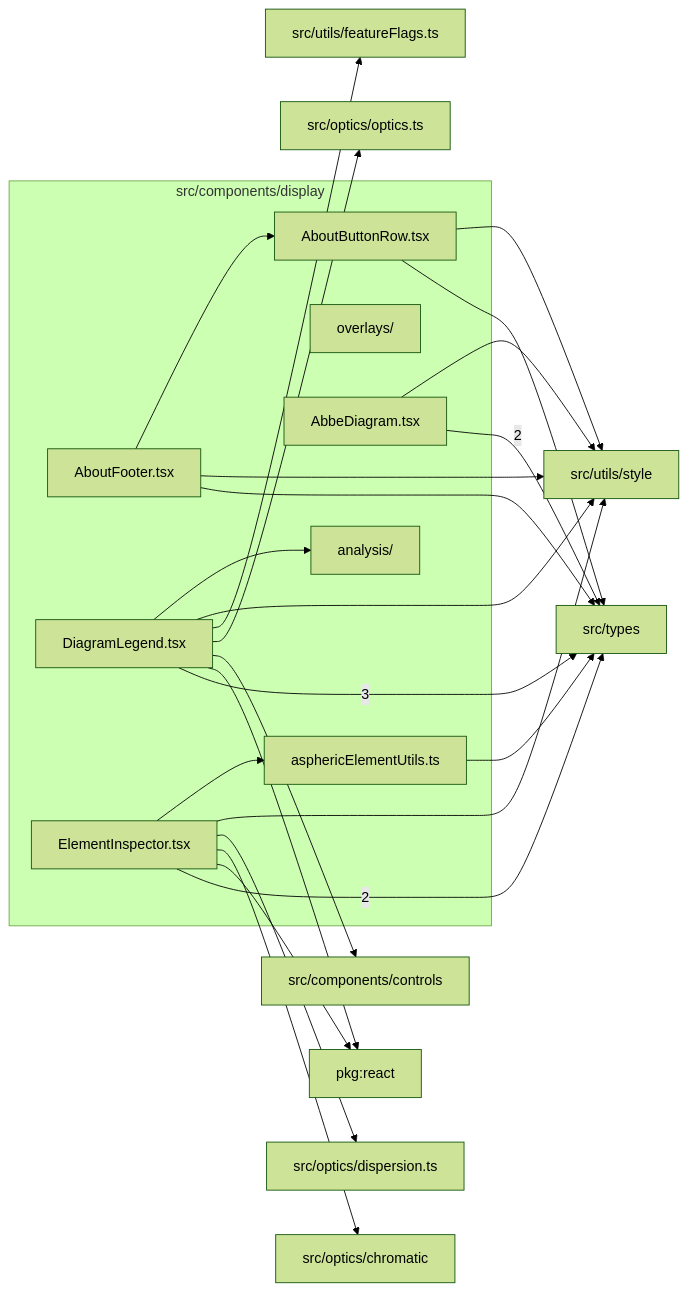
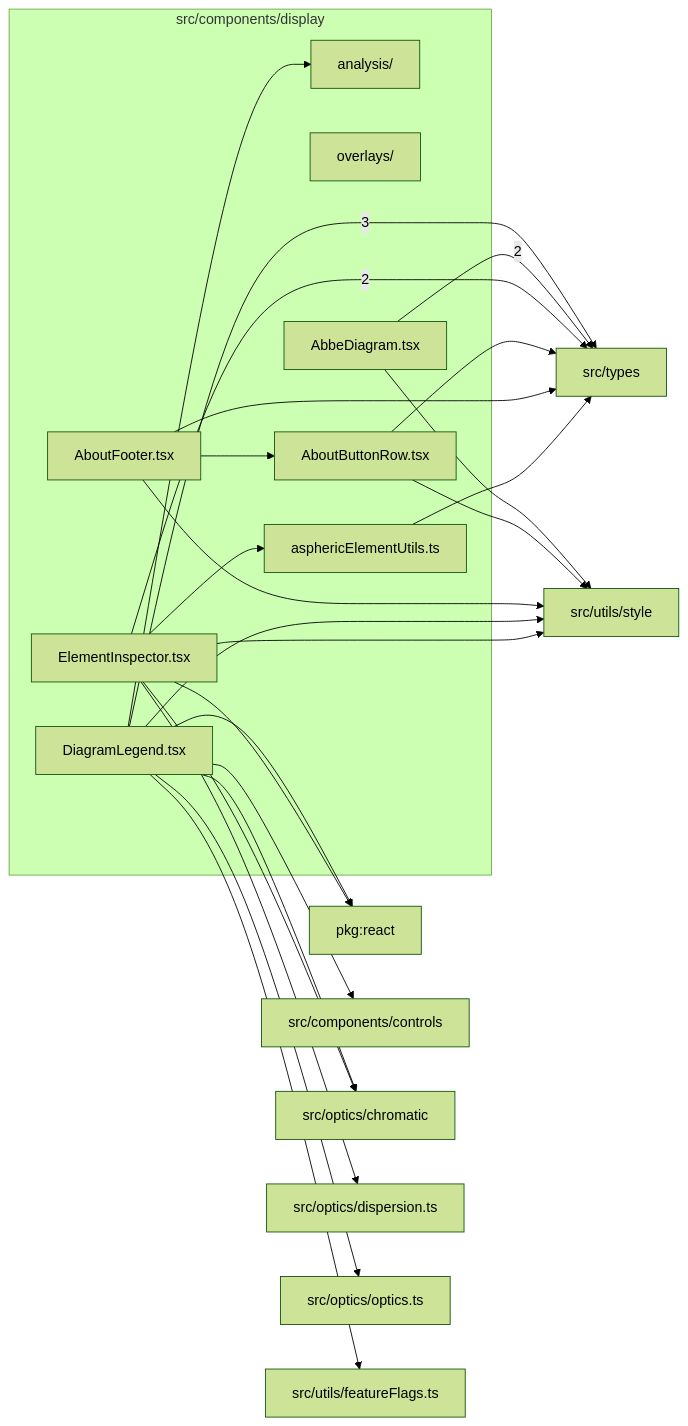
One commit to ronbuening/LensVisualizer changed the diagram in src/components/display/readme.md. Above: the diagram before and after it, drawn with Mermaid (forest theme). The commit also changed other lines of this file and 43 other files, not shown here.

````diff
--- a/src/components/display/readme.md
+++ b/src/components/display/readme.md
@@ -9,42 +9,43 @@
 ```mermaid
 flowchart LR
   subgraph n_src_components_display["src/components/display"]
     n_src_components_display_src_components_display_analysis["analysis/"]
     n_src_components_display_src_components_display_overlays["overlays/"]
     n_src_components_display_src_components_display_AbbeDiagram_tsx["AbbeDiagram.tsx"]
     n_src_components_display_src_components_display_AboutButtonRow_tsx["AboutButtonRow.tsx"]
     n_src_components_display_src_components_display_AboutFooter_tsx["AboutFooter.tsx"]
     n_src_components_display_src_components_display_asphericElementUtils_ts["asphericElementUtils.ts"]
     n_src_components_display_src_components_display_DiagramLegend_tsx["DiagramLegend.tsx"]
     n_src_components_display_src_components_display_ElementInspector_tsx["ElementInspector.tsx"]
   end
   n_external_src_types["src/types"]
   n_external_pkg_react["pkg:react"]
   n_external_src_components_controls["src/components/controls"]
   n_external_src_optics_chromatic["src/optics/chromatic"]
   n_external_src_optics_dispersion_ts["src/optics/dispersion.ts"]
   n_external_src_optics_optics_ts["src/optics/optics.ts"]
   n_external_src_utils_featureFlags_ts["src/utils/featureFlags.ts"]
   n_external_src_utils_style["src/utils/style"]
   n_src_components_display_src_components_display_DiagramLegend_tsx --> |3| n_external_src_types
   n_src_components_display_src_components_display_AbbeDiagram_tsx --> |2| n_external_src_types
   n_src_components_display_src_components_display_ElementInspector_tsx --> |2| n_external_src_types
   n_src_components_display_src_components_display_DiagramLegend_tsx --> n_external_pkg_react
   n_src_components_display_src_components_display_ElementInspector_tsx --> n_external_pkg_react
   n_src_components_display_src_components_display_DiagramLegend_tsx --> n_external_src_components_controls
+  n_src_components_display_src_components_display_DiagramLegend_tsx --> n_external_src_optics_chromatic
   n_src_components_display_src_components_display_ElementInspector_tsx --> n_external_src_optics_chromatic
   n_src_components_display_src_components_display_ElementInspector_tsx --> n_external_src_optics_dispersion_ts
   n_src_components_display_src_components_display_DiagramLegend_tsx --> n_external_src_optics_optics_ts
   n_src_components_display_src_components_display_AboutButtonRow_tsx --> n_external_src_types
   n_src_components_display_src_components_display_AboutFooter_tsx --> n_external_src_types
   n_src_components_display_src_components_display_asphericElementUtils_ts --> n_external_src_types
   n_src_components_display_src_components_display_DiagramLegend_tsx --> n_external_src_utils_featureFlags_ts
   n_src_components_display_src_components_display_AbbeDiagram_tsx --> n_external_src_utils_style
   n_src_components_display_src_components_display_AboutButtonRow_tsx --> n_external_src_utils_style
   n_src_components_display_src_components_display_AboutFooter_tsx --> n_external_src_utils_style
   n_src_components_display_src_components_display_DiagramLegend_tsx --> n_external_src_utils_style
   n_src_components_display_src_components_display_ElementInspector_tsx --> n_external_src_utils_style
   n_src_components_display_src_components_display_AboutFooter_tsx --> n_src_components_display_src_components_display_AboutButtonRow_tsx
   n_src_components_display_src_components_display_DiagramLegend_tsx --> n_src_components_display_src_components_display_analysis
   n_src_components_display_src_components_display_ElementInspector_tsx --> n_src_components_display_src_components_display_asphericElementUtils_ts
 ```
````
